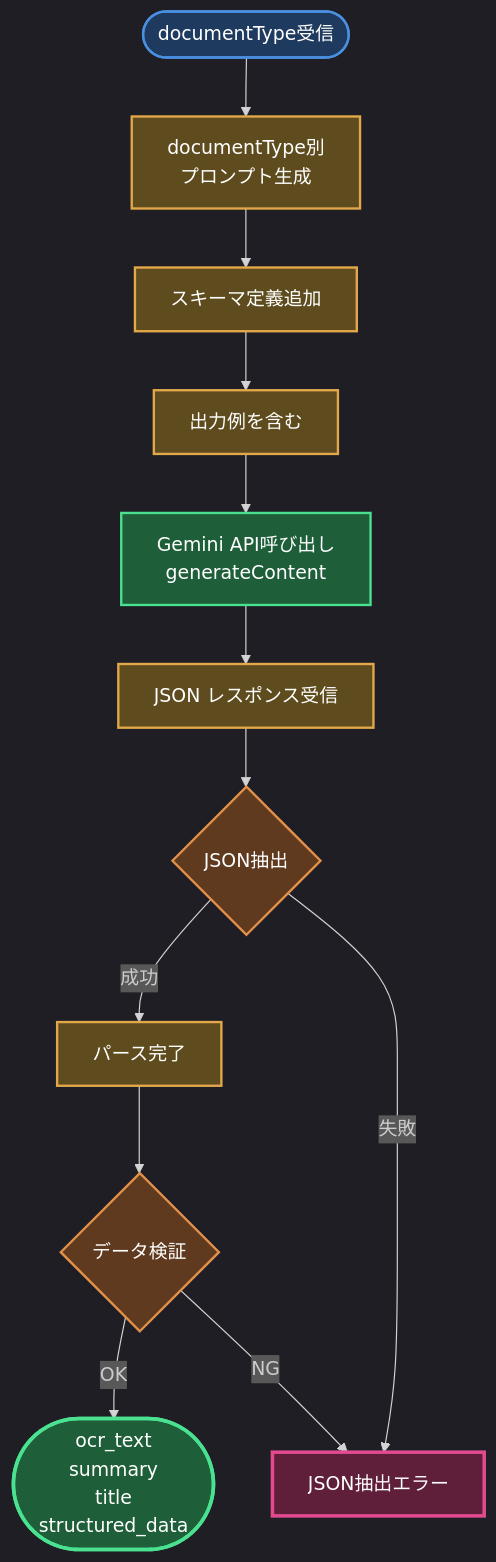
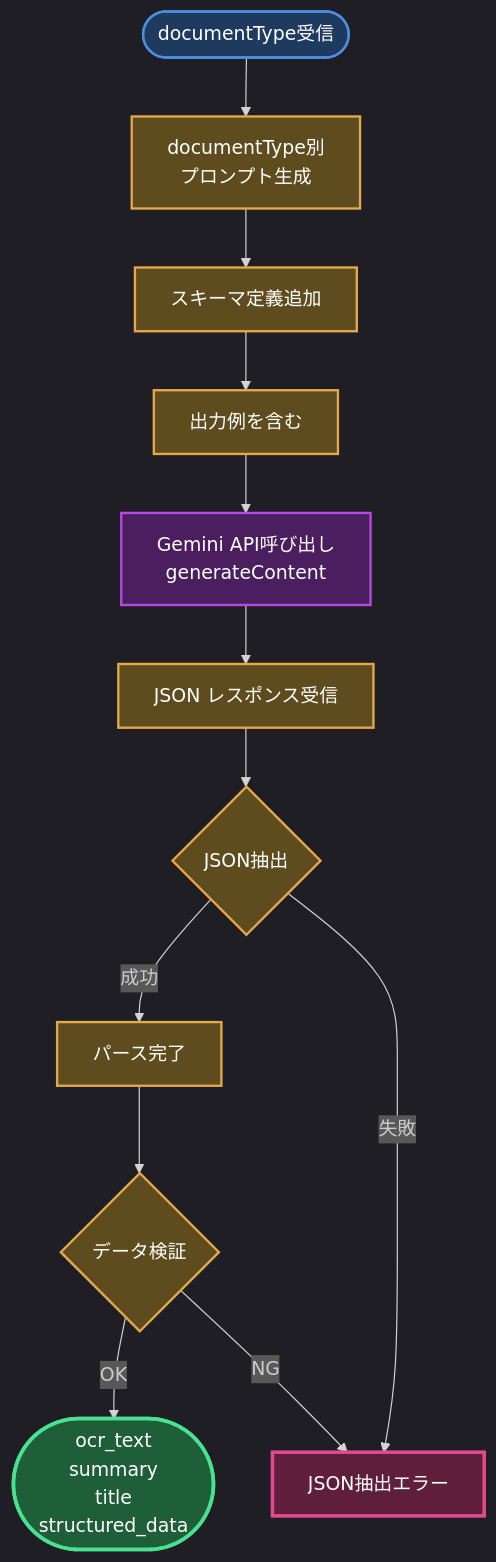
Before and after one commit to tasai-lab/appsheet-gas-automation: the second of 7 diagrams in gas_projects/projects/nursing/Appsheet_訪問看護_書類OCR/FLOW.md, drawn with Mermaid. The commit also changed other lines of this file and 15 other files, not shown here.

First line of the commit message:
docs: FLOW.mdにダークモード対応配色を適用 - 全15プロジェクト完了

````diff
--- a/gas_projects/projects/nursing/Appsheet_訪問看護_書類OCR/FLOW.md
+++ b/gas_projects/projects/nursing/Appsheet_訪問看護_書類OCR/FLOW.md
@@ -51,30 +52,30 @@
 ```mermaid
 %%{init: {'theme':'dark'}}%%
 graph TB
-    Start([documentType受信]):::input --> Prompt[documentType別<br/>プロンプト生成]:::process
+    Start([documentType受信]):::webhook --> Prompt[documentType別<br/>プロンプト生成]:::process
 
     Prompt --> Schema[スキーマ定義追加]:::process
 
     Schema --> Examples[出力例を含む]:::process
 
-    Examples --> API[Gemini API呼び出し<br/>generateContent]:::gemini
+    Examples --> API[Gemini API呼び出し<br/>generateContent]:::api
 
     API --> Response[JSON レスポンス受信]:::process
 
     Response --> Extract{JSON抽出}:::decision
 
     Extract -->|成功| Parse[パース完了]:::process
     Extract -->|失敗| Error[JSON抽出エラー]:::error
 
     Parse --> Result{データ検証}:::decision
 
     Result -->|OK| Return([ocr_text<br/>summary<br/>title<br/>structured_data]):::success
     Result -->|NG| Error
 
-    classDef input fill:#1e3a5f,stroke:#4a90e2,stroke-width:2px,color:#fff
-    classDef process fill:#5f4c1e,stroke:#e2a84a,stroke-width:2px,color:#fff
-    classDef decision fill:#5f3a1e,stroke:#e2904a,stroke-width:2px,color:#fff
-    classDef gemini fill:#1e5f3a,stroke:#4ae290,stroke-width:2px,color:#fff
-    classDef success fill:#1e5f3a,stroke:#4ae290,stroke-width:3px,color:#fff
-    classDef error fill:#5f1e3a,stroke:#e24a90,stroke-width:3px,color:#fff
+    classDef webhook fill:#1e3a5f,stroke:#4a90e2,stroke-width:2px,color:#ffffff
+    classDef process fill:#5f4c1e,stroke:#e2a84a,stroke-width:2px,color:#ffffff
+    classDef decision fill:#5f4c1e,stroke:#e2a84a,stroke-width:2px,color:#ffffff
+    classDef api fill:#4a1e5f,stroke:#b84ae2,stroke-width:2px,color:#ffffff
+    classDef success fill:#1e5f3a,stroke:#4ae290,stroke-width:3px,color:#ffffff
+    classDef error fill:#5f1e3a,stroke:#e24a90,stroke-width:3px,color:#ffffff
 ```
````
